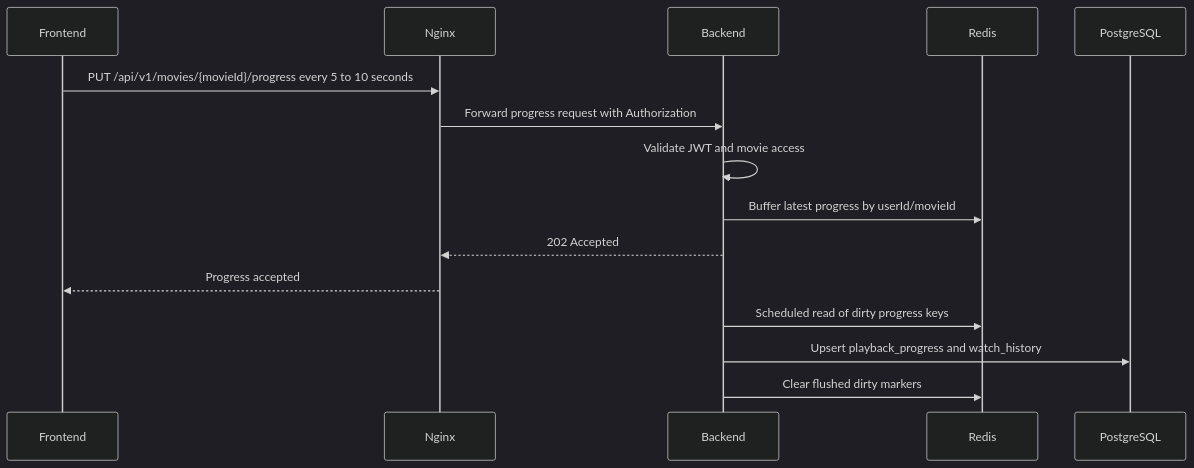
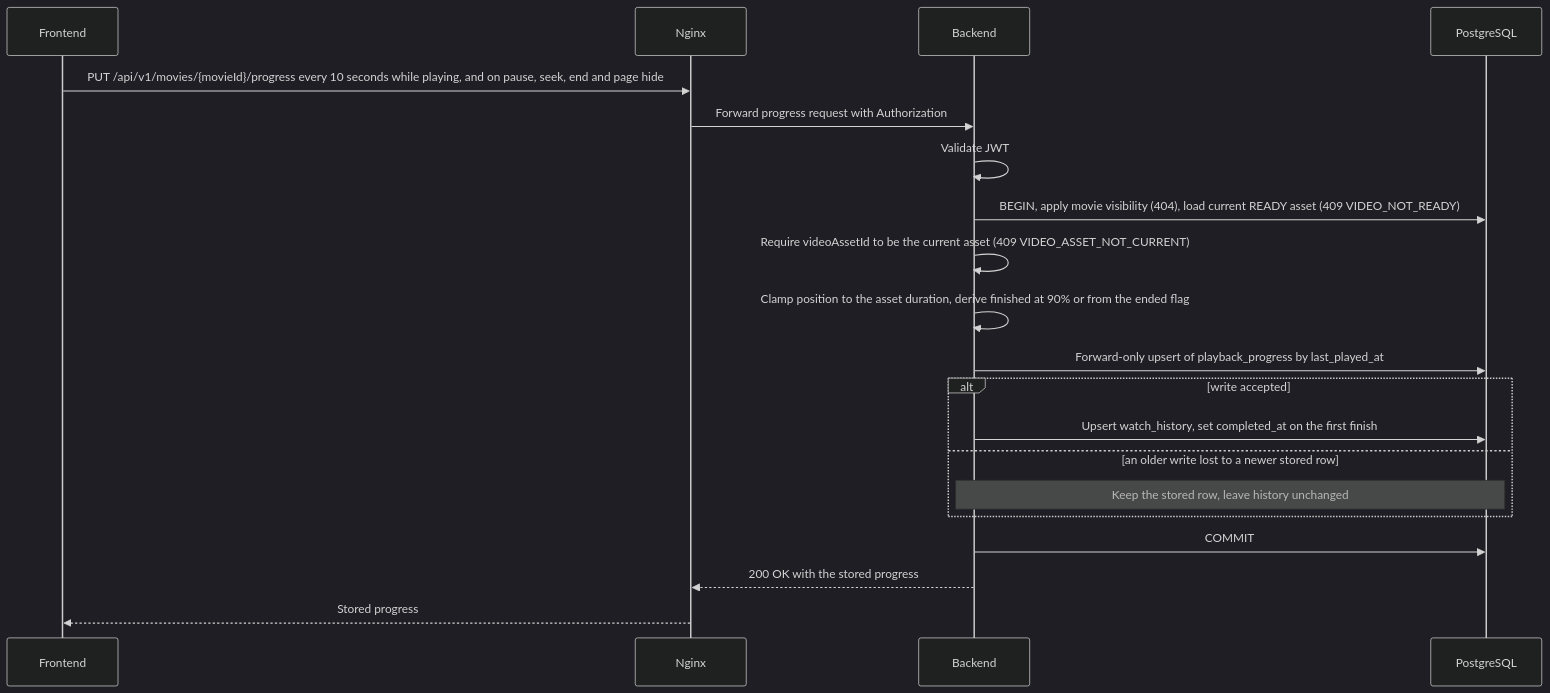
One commit to Duyphanb/Self-hosted-VoD-Platform changed the seventh of 9 diagrams in docs/architecture/SEQUENCE-DIAGRAMS.md. Above: the diagram before and after it, drawn with Mermaid (dark theme). The commit also changed other lines of this file and 17 other files, not shown here.

````diff
--- a/docs/architecture/SEQUENCE-DIAGRAMS.md
+++ b/docs/architecture/SEQUENCE-DIAGRAMS.md
@@ -218,19 +226,23 @@
 ```mermaid
 sequenceDiagram
     participant Frontend
     participant Nginx
     participant Backend
-    participant Redis
     participant PostgreSQL
 
-    Frontend->>Nginx: PUT /api/v1/movies/{movieId}/progress every 5 to 10 seconds
+    Frontend->>Nginx: PUT /api/v1/movies/{movieId}/progress every 10 seconds while playing, and on pause, seek, end and page hide
     Nginx->>Backend: Forward progress request with Authorization
-    Backend->>Backend: Validate JWT and movie access
-    Backend->>Redis: Buffer latest progress by userId/movieId
-    Backend-->>Nginx: 202 Accepted
-    Nginx-->>Frontend: Progress accepted
-
-    Backend->>Redis: Scheduled read of dirty progress keys
-    Backend->>PostgreSQL: Upsert playback_progress and watch_history
-    Backend->>Redis: Clear flushed dirty markers
+    Backend->>Backend: Validate JWT
+    Backend->>PostgreSQL: BEGIN, apply movie visibility (404), load current READY asset (409 VIDEO_NOT_READY)
+    Backend->>Backend: Require videoAssetId to be the current asset (409 VIDEO_ASSET_NOT_CURRENT)
+    Backend->>Backend: Clamp position to the asset duration, derive finished at 90% or from the ended flag
+    Backend->>PostgreSQL: Forward-only upsert of playback_progress by last_played_at
+    alt write accepted
+        Backend->>PostgreSQL: Upsert watch_history, set completed_at on the first finish
+    else an older write lost to a newer stored row
+        Note over Backend,PostgreSQL: Keep the stored row, leave history unchanged
+    end
+    Backend->>PostgreSQL: COMMIT
+    Backend-->>Nginx: 200 OK with the stored progress
+    Nginx-->>Frontend: Stored progress
 ```
````
